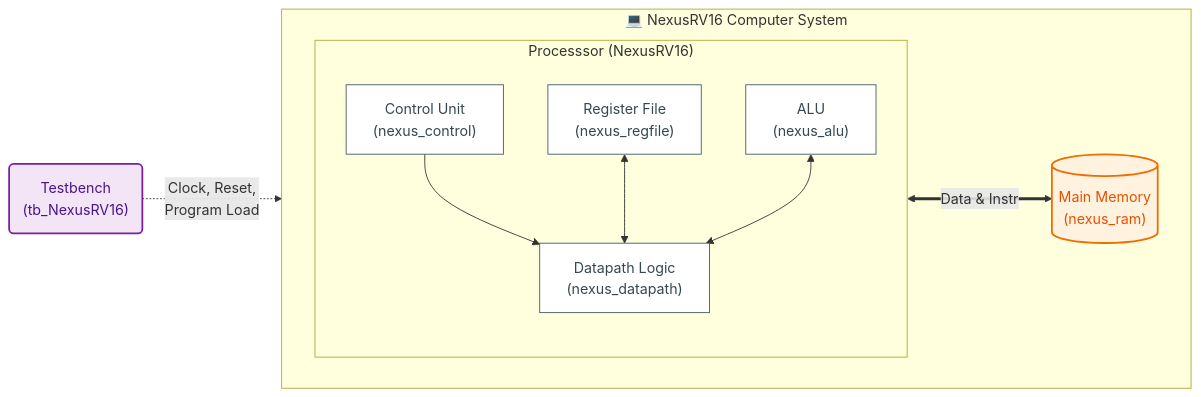
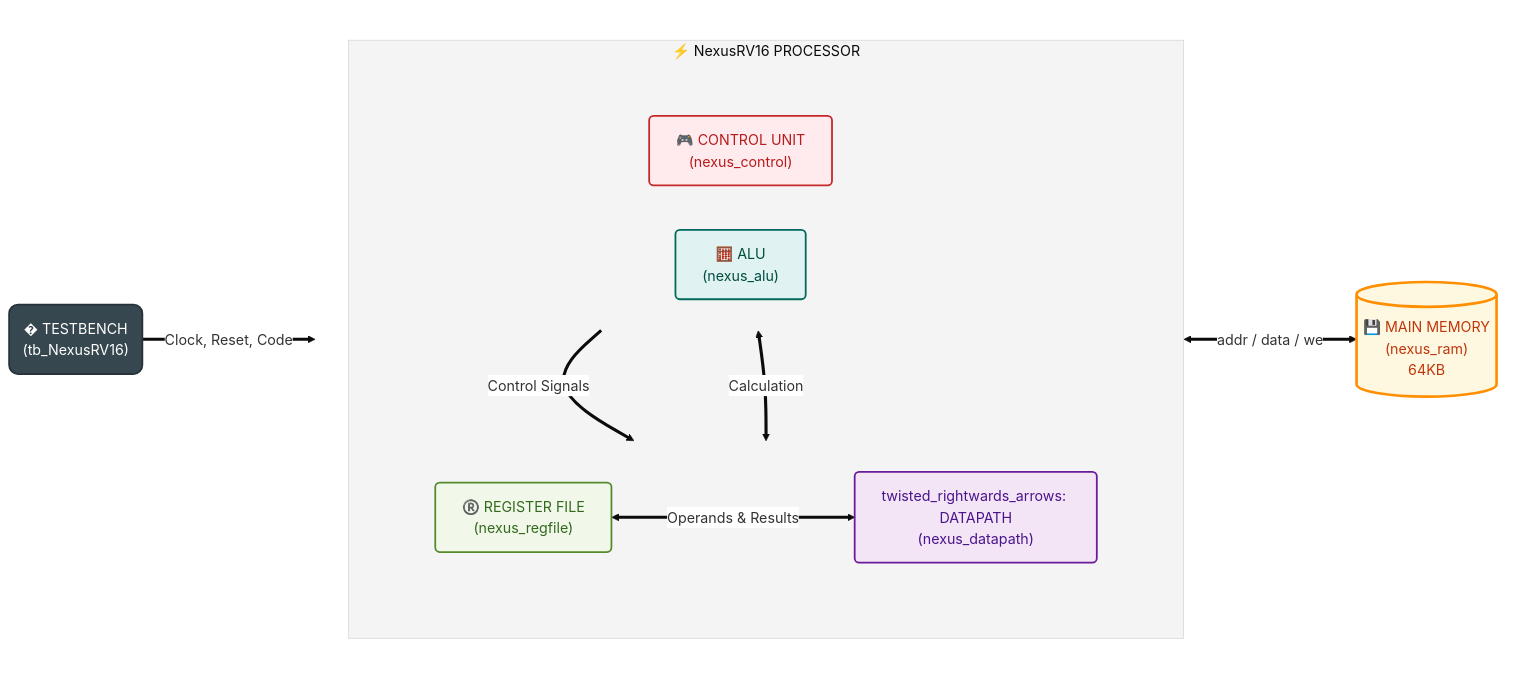
Before and after one commit to musakartalengin/NexusRV16: the diagram in README.md, drawn with Mermaid.

Commit message:
Update README with colorful and vibrant diagram v2

````diff
--- a/README.md
+++ b/README.md
@@ -15,34 +15,67 @@
 ```mermaid
+%%{init: {'theme': 'base', 'themeVariables': { 'primaryColor': '#ffffff', 'edgeLabelBackground':'#ffffff', 'tertiaryColor': '#f4f4f4', 'fontFamily': 'arial', 'fontSize': '16px'}}}%%
 graph LR
-    %% Stil Tanımları - Temiz ve Modern
-    classDef cpu fill:#e3f2fd,stroke:#1565c0,stroke-width:2px,color:#1565c0;
-    classDef memory fill:#fff3e0,stroke:#ef6c00,stroke-width:2px,color:#e65100;
-    classDef module fill:#ffffff,stroke:#455a64,stroke-width:1px,color:#37474f;
-    classDef test fill:#f3e5f5,stroke:#7b1fa2,stroke-width:2px,color:#4a148c;
+    %% 🎨 RENK PALETİ VE STİLLER (Vibrant & Professional)
+    classDef cpuContainer fill:#e3f2fd,stroke:#1565c0,stroke-width:3px,color:#0d47a1,rx:10,ry:10;
+    classDef memory fill:#fff8e1,stroke:#ff8f00,stroke-width:3px,color:#bf360c,rx:5,ry:5;
+    classDef control fill:#ffebee,stroke:#c62828,stroke-width:2px,color:#b71c1c,rx:5,ry:5;
+    classDef alu fill:#e0f2f1,stroke:#00695c,stroke-width:2px,color:#004d40,rx:5,ry:5;
+    classDef regs fill:#f1f8e9,stroke:#558b2f,stroke-width:2px,color:#33691e,rx:5,ry:5;
+    classDef datapath fill:#f3e5f5,stroke:#6a1b9a,stroke-width:2px,color:#4a148c,rx:5,ry:5;
+    classDef testbench fill:#37474f,stroke:#263238,stroke-width:2px,color:#ffffff,rx:10,ry:10;
 
-    subgraph SYSTEM ["💻 NexusRV16 Computer System"]
+    %% ---------------------------------------------------------
+    %% ANA SİSTEM
+    %% ---------------------------------------------------------
+    
+    %% TESTBENCH (SOLDA)
+    TB("�️ TESTBENCH<br/>(tb_NexusRV16)"):::testbench
+
+    subgraph SYSTEM_BOARD [ ]
         direction LR
-
-        subgraph CPU_WRAPPER ["Processsor (NexusRV16)"]
+        
+        %% CPU İÇ YAPISI
+        subgraph CPU [⚡ NexusRV16 PROCESSOR]
             direction TB
             
-            CTRL["Control Unit<br>(nexus_control)"]:::module
-            ALU["ALU<br>(nexus_alu)"]:::module
-            REGS["Register File<br>(nexus_regfile)"]:::module
-            DP["Datapath Logic<br>(nexus_datapath)"]:::module
+            %% Üst Katman: Kontrol ve Hesaplama
+            subgraph EXEC_LEVEL [ ]
+                direction LR
+                CTRL["🎮 CONTROL UNIT<br/>(nexus_control)"]:::control
+                ALU["🧮 ALU<br/>(nexus_alu)"]:::alu
+            end
+            
+            %% Alt Katman: Depolama ve Veri Yolu
+            subgraph DATA_LEVEL [ ]
+                direction LR
+                REGS["®️ REGISTER FILE<br/>(nexus_regfile)"]:::regs
+                DP["twisted_rightwards_arrows: DATAPATH<br/>(nexus_datapath)"]:::datapath
+            end
 
-            CTRL --> DP
-            REGS <--> DP
-            ALU <--> DP
+            %% CPU İçi Bağlantılar
+            CTRL ==>|"Control Signals"| DP
+            REGS <==>|"Operands & Results"| DP
+            ALU <==>|"Calculation"| DP
+            
+            %% Hiyerarşik Hizalama için görünmez bağ
+            EXEC_LEVEL ~~~ DATA_LEVEL
         end
-        class CPU_WRAPPER cpu
+        class CPU cpuContainer
 
-        RAM[("Main Memory<br>(nexus_ram)")]:::memory
+        %% BELLEK (SAĞDA)
+        RAM[("💾 MAIN MEMORY<br/>(nexus_ram)<br/>64KB")]:::memory
         
-        CPU_WRAPPER <==>|"Data & Instr"| RAM
+        %% Sistem Bağlantıları
+        CPU <==>|"addr / data / we"| RAM
     end
+    
+    %% Testbench Bağlantısı
+    TB =="Clock, Reset, Code"==> CPU
 
-    TB("Testbench<br>(tb_NexusRV16)"):::test
-    TB -.->|"Clock, Reset,<br>Program Load"| SYSTEM
-
+    %% ---------------------------------------------------------
+    %% Stil Atamaları (Kenarlıklar görünmez olsun diye subgraph trick)
+    %% ---------------------------------------------------------
+    style SYSTEM_BOARD fill:none,stroke:none;
+    style EXEC_LEVEL fill:none,stroke:none;
+    style DATA_LEVEL fill:none,stroke:none;
 ```
````
